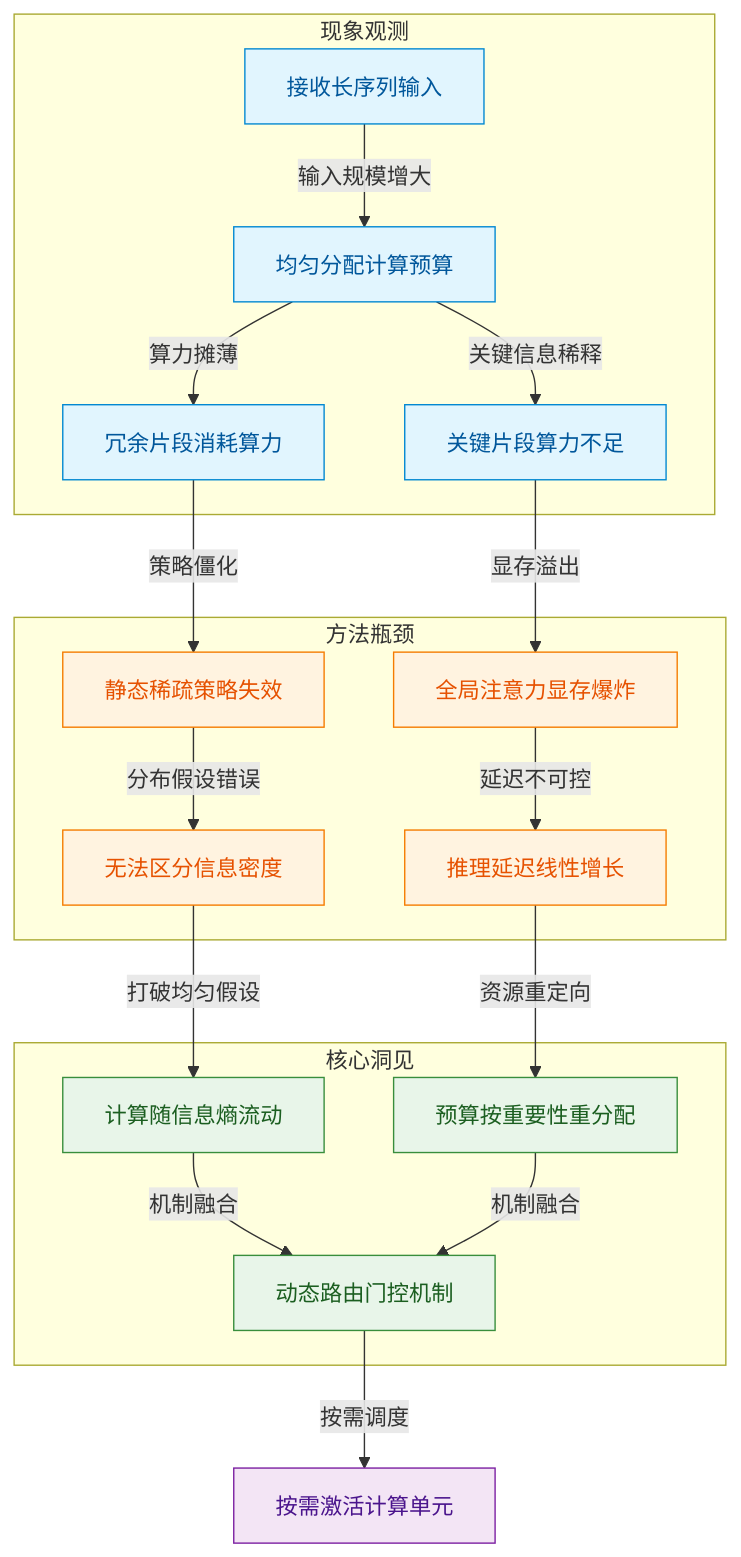
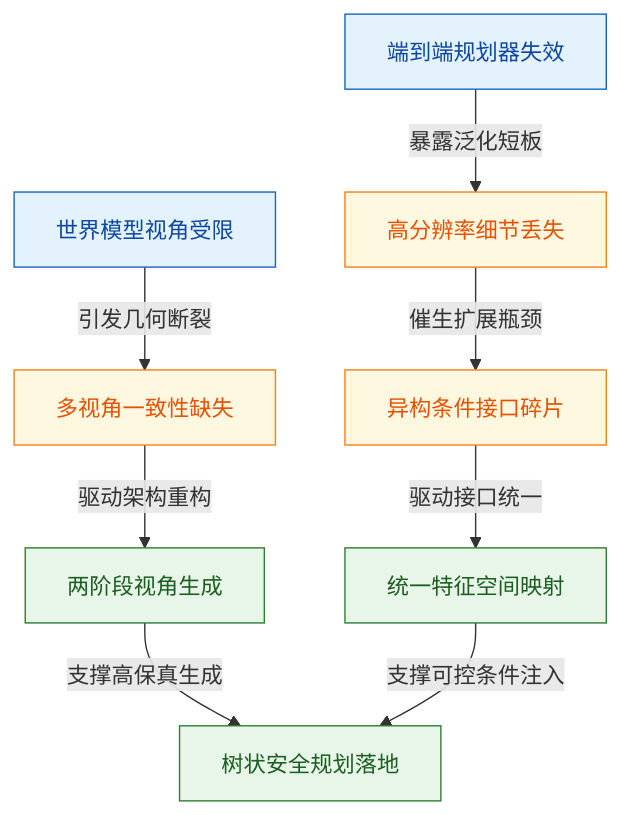
One commit to ShinewineW/paper-rolling changed the first of 11 diagrams in person_vault/2026-06-08_DrivingIntoTheFuture_2311.17918/report.md. Above: the diagram before and after it, drawn with Mermaid. The commit also changed other lines of this file and 51 other files, not shown here.

````diff
--- a/person_vault/2026-06-08_DrivingIntoTheFuture_2311.17918/report.md
+++ b/person_vault/2026-06-08_DrivingIntoTheFuture_2311.17918/report.md
@@ -55,33 +52,23 @@
 ```mermaid
 flowchart TD
-  classDef obs fill:#e1f5fe,color:#01579b,stroke:#0288d1
-  classDef gap fill:#fff3e0,color:#e65100,stroke:#f57c00
-  classDef insight fill:#e8f5e9,color:#1b5e20,stroke:#388e3c
-  classDef design fill:#f3e5f5,color:#4a148c,stroke:#7b1fa2
+  classDef obs fill:#e3f2fd,stroke:#1565c0,color:#0d47a1;
+  classDef gap fill:#fff8e1,stroke:#f57f17,color:#e65100;
+  classDef insight fill:#e8f5e9,stroke:#2e7d32,color:#1b5e20;
 
-  subgraph observation_phase ["现象观测"]
-    long_seq["接收长序列输入"] -->|输入规模增大| uniform_alloc["均匀分配计算预算"]
-    uniform_alloc -->|算力摊薄| redundant_waste["冗余片段消耗算力"]
-    uniform_alloc -->|关键信息稀释| critical_starve["关键片段算力不足"]
-  end
+  o1_planner_fail["端到端规划器失效"]:::obs
+  o2_world_model_limit["世界模型视角受限"]:::obs
+  g1_pixel_detail_loss["高分辨率细节丢失"]:::gap
+  g2_multiview_inconsistent["多视角一致性缺失"]:::gap
+  g3_condition_fragmented["异构条件接口碎片"]:::gap
+  i1_two_stage_decomp["两阶段视角生成"]:::insight
+  i2_unified_embedding["统一特征空间映射"]:::insight
+  i3_tree_safety_plan["树状安全规划落地"]:::insight
 
-  subgraph bottleneck_phase ["方法瓶颈"]
-    redundant_waste -->|策略僵化| static_fail["静态稀疏策略失效"]
-    critical_starve -->|显存溢出| mem_explosion["全局注意力显存爆炸"]
-    static_fail -->|分布假设错误| density_blind["无法区分信息密度"]
-    mem_explosion -->|延迟不可控| latency_linear["推理延迟线性增长"]
-  end
-
-  subgraph insight_phase ["核心洞见"]
-    density_blind -->|打破均匀假设| entropy_flow["计算随信息熵流动"]
-    latency_linear -->|资源重定向| budget_realloc["预算按重要性重分配"]
-    entropy_flow -->|机制融合| dynamic_gate["动态路由门控机制"]
-    budget_realloc -->|机制融合| dynamic_gate
-  end
-
-  dynamic_gate -->|按需调度| on_demand_activate["按需激活计算单元"]
-  class long_seq,uniform_alloc,redundant_waste,critical_starve obs
-  class static_fail,mem_explosion,density_blind,latency_linear gap
-  class entropy_flow,budget_realloc,dynamic_gate insight
-  class on_demand_activate design
+  o1_planner_fail -->|暴露泛化短板| g1_pixel_detail_loss
+  o2_world_model_limit -->|引发几何断裂| g2_multiview_inconsistent
+  g1_pixel_detail_loss -->|催生扩展瓶颈| g3_condition_fragmented
+  g2_multiview_inconsistent -->|驱动架构重构| i1_two_stage_decomp
+  g3_condition_fragmented -->|驱动接口统一| i2_unified_embedding
+  i1_two_stage_decomp -->|支撑高保真生成| i3_tree_safety_plan
+  i2_unified_embedding -->|支撑可控条件注入| i3_tree_safety_plan
 ```
````
